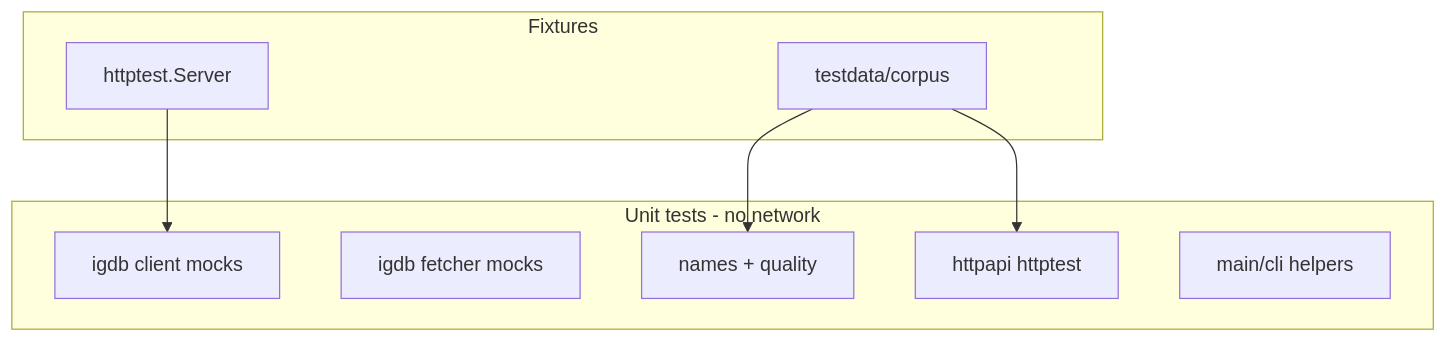
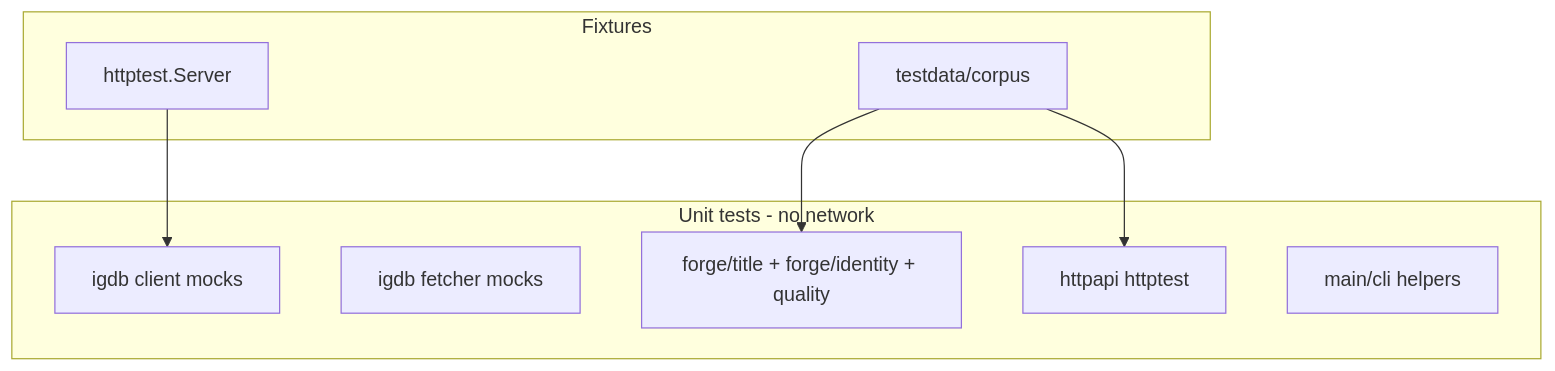
The diagram in planning/TEST-COVERAGE.md (ridespirals/vargames-name-gen), drawn with Mermaid before and after one commit. The commit also changed other lines of this file and 27 other files, not shown here.

````diff
--- a/planning/TEST-COVERAGE.md
+++ b/planning/TEST-COVERAGE.md
@@ -34,19 +41,19 @@
 ```mermaid
 flowchart TB
   subgraph unit [Unit tests - no network]
     Client[igdb client mocks]
     Fetcher[igdb fetcher mocks]
-    Names[names + quality]
+    Forge[forge/title + forge/identity + quality]
     HTTP[httpapi httptest]
     Main[main/cli helpers]
   end
 
   subgraph fixtures [Fixtures]
     Corpus[testdata/corpus]
     HTTPMock[httptest.Server]
   end
 
-  Corpus --> Names
+  Corpus --> Forge
   HTTPMock --> Client
   Corpus --> HTTP
 ```
````
